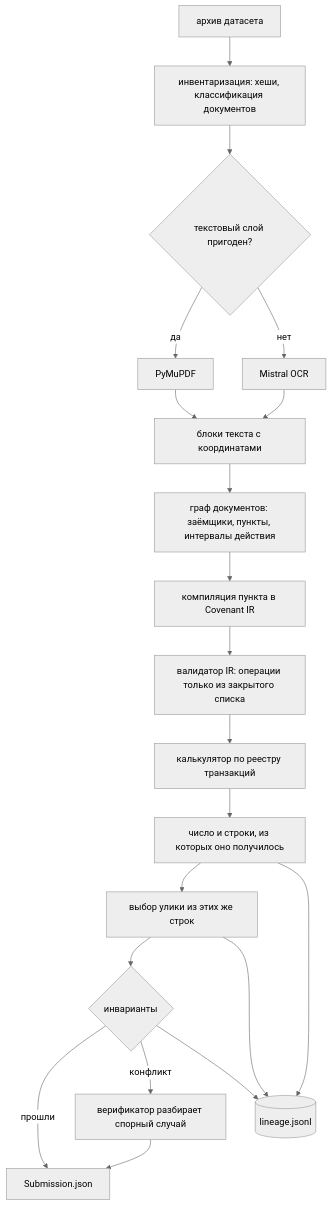
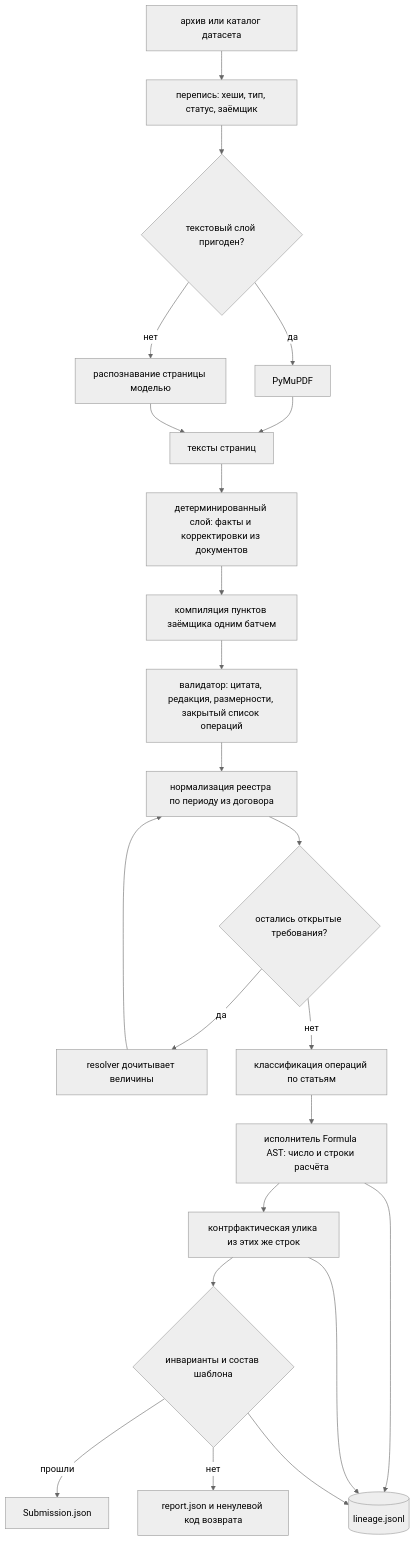
One commit to VllSunday/halyk-covenant-agent changed the diagram in README.md. Above: the diagram before and after it, drawn with Mermaid (neutral theme). The commit also changed other lines of this file and 2 other files, not shown here.

````diff
--- a/README.md
+++ b/README.md
@@ -35,22 +38,25 @@
 ```mermaid
 flowchart TD
-    A[архив датасета] --> B[инвентаризация: хеши, классификация документов]
+    A[архив или каталог датасета] --> B[перепись: хеши, тип, статус, заёмщик]
     B --> C{текстовый слой пригоден?}
     C -->|да| D[PyMuPDF]
-    C -->|нет| E[Mistral OCR]
-    D --> F[блоки текста с координатами]
+    C -->|нет| E[распознавание страницы моделью]
+    D --> F[тексты страниц]
     E --> F
-    F --> G[граф документов: заёмщики, пункты, интервалы действия]
-    G --> H[компиляция пункта в Covenant IR]
-    H --> I[валидатор IR: операции только из закрытого списка]
-    I --> J[калькулятор по реестру транзакций]
-    J --> K[число и строки, из которых оно получилось]
-    K --> L[выбор улики из этих же строк]
-    L --> M{инварианты}
-    M -->|прошли| N[Submission.json]
-    M -->|конфликт| O[верификатор разбирает спорный случай]
-    O --> N
-    K --> P[(lineage.jsonl)]
-    L --> P
-    M --> P
+    F --> G[детерминированный слой: факты и корректировки из документов]
+    G --> H[компиляция пунктов заёмщика одним батчем]
+    H --> I[валидатор: цитата, редакция, размерности, закрытый список операций]
+    I --> J[нормализация реестра по периоду из договора]
+    J --> K{остались открытые требования?}
+    K -->|да| L[resolver дочитывает величины]
+    L --> J
+    K -->|нет| M[классификация операций по статьям]
+    M --> N[исполнитель Formula AST: число и строки расчёта]
+    N --> O[контрфактическая улика из этих же строк]
+    O --> P{инварианты и состав шаблона}
+    P -->|прошли| Q[Submission.json]
+    P -->|нет| R[report.json и ненулевой код возврата]
+    N --> S[(lineage.jsonl)]
+    O --> S
+    P --> S
 ```
````
